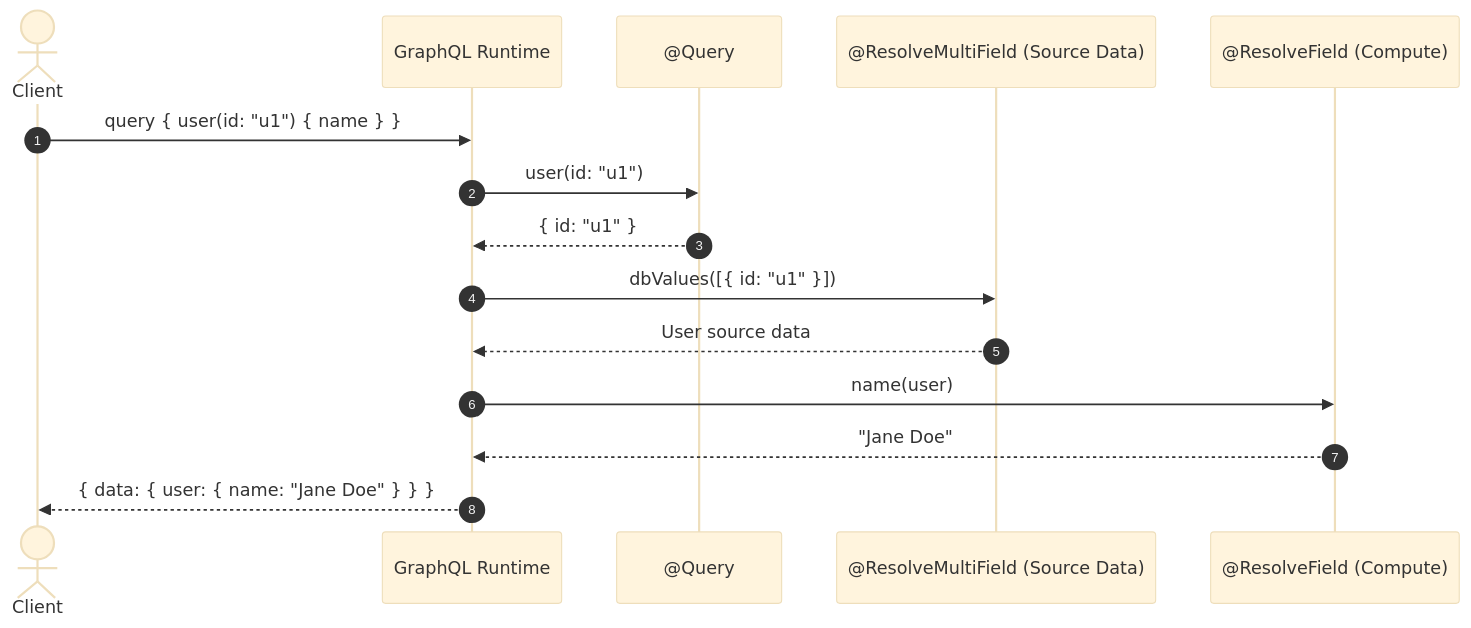
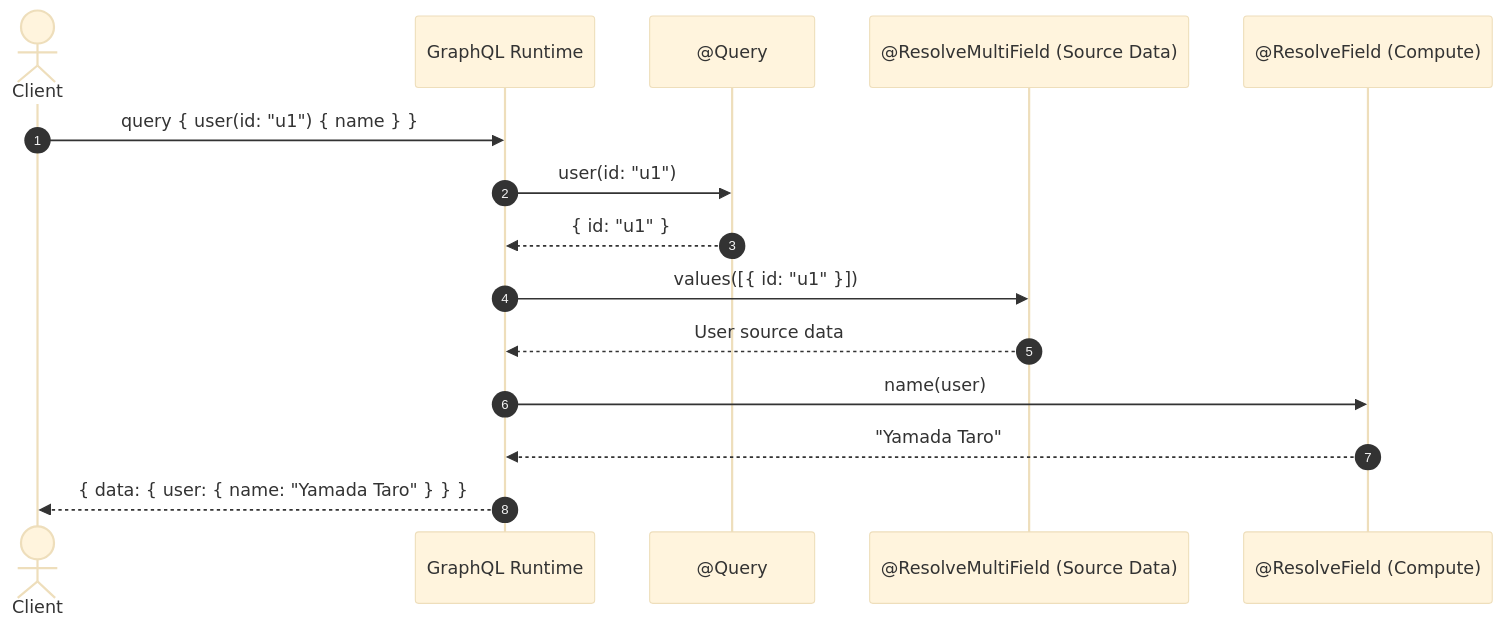
Before and after one commit to zeltjs/zelt: the first of 3 diagrams in website/docs/graphql.md, drawn with Mermaid (base theme). The commit also changed other lines of this file and 8 other files, not shown here.

First line of the commit message:
fix(graphql): resolve fields declared in model types

````diff
--- a/website/docs/graphql.md
+++ b/website/docs/graphql.md
@@ -164,18 +168,18 @@
 ```mermaid
 sequenceDiagram
     autonumber
     actor Client as Client
     participant Router as GraphQL Runtime
     participant Query as @Query
     participant Multi as @ResolveMultiField (Source Data)
     participant Field as @ResolveField (Compute)
 
     Client->>Router: query { user(id: "u1") { name } }
     Router->>Query: user(id: "u1")
     Query-->>Router: { id: "u1" }
-    Router->>Multi: dbValues([{ id: "u1" }])
+    Router->>Multi: values([{ id: "u1" }])
     Multi-->>Router: User source data
     Router->>Field: name(user)
-    Field-->>Router: "Jane Doe"
-    Router-->>Client: { data: { user: { name: "Jane Doe" } } }
+    Field-->>Router: "Yamada Taro"
+    Router-->>Client: { data: { user: { name: "Yamada Taro" } } }
 ```
````
